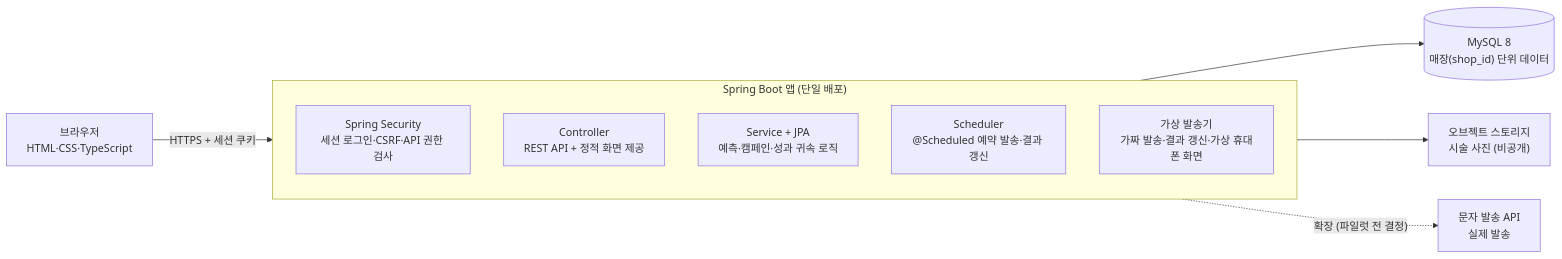
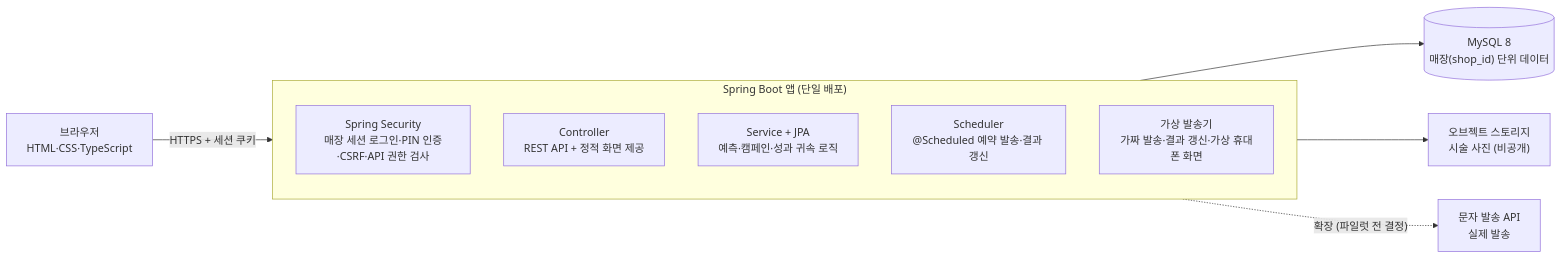
Before and after one commit to tuktak-lab/docs: the second of 2 diagrams in 기획서.md, drawn with Mermaid. The commit also changed other lines of this file and 2 other files, not shown here.

First line of the commit message:
Change A3 to unified staff with per-feature PIN lock

````diff
--- a/기획서.md
+++ b/기획서.md
@@ -204,15 +206,15 @@
 ```mermaid
 flowchart LR
     B["브라우저<br/>HTML·CSS·TypeScript"] -- "HTTPS + 세션 쿠키" --> APP
     subgraph APP["Spring Boot 앱 (단일 배포)"]
         direction TB
-        S["Spring Security<br/>세션 로그인·CSRF·API 권한 검사"]
+        S["Spring Security<br/>매장 세션 로그인·PIN 인증·CSRF·API 권한 검사"]
         C["Controller<br/>REST API + 정적 화면 제공"]
         SV["Service + JPA<br/>예측·캠페인·성과 귀속 로직"]
         SC["Scheduler<br/>@Scheduled 예약 발송·결과 갱신"]
         V["가상 발송기<br/>가짜 발송·결과 갱신·가상 휴대폰 화면"]
     end
     APP --> DB[("MySQL 8<br/>매장(shop_id) 단위 데이터")]
     APP --> ST["오브젝트 스토리지<br/>시술 사진 (비공개)"]
     APP -. "확장 (파일럿 전 결정)" .-> SMS["문자 발송 API<br/>실제 발송"]
 ```
````
